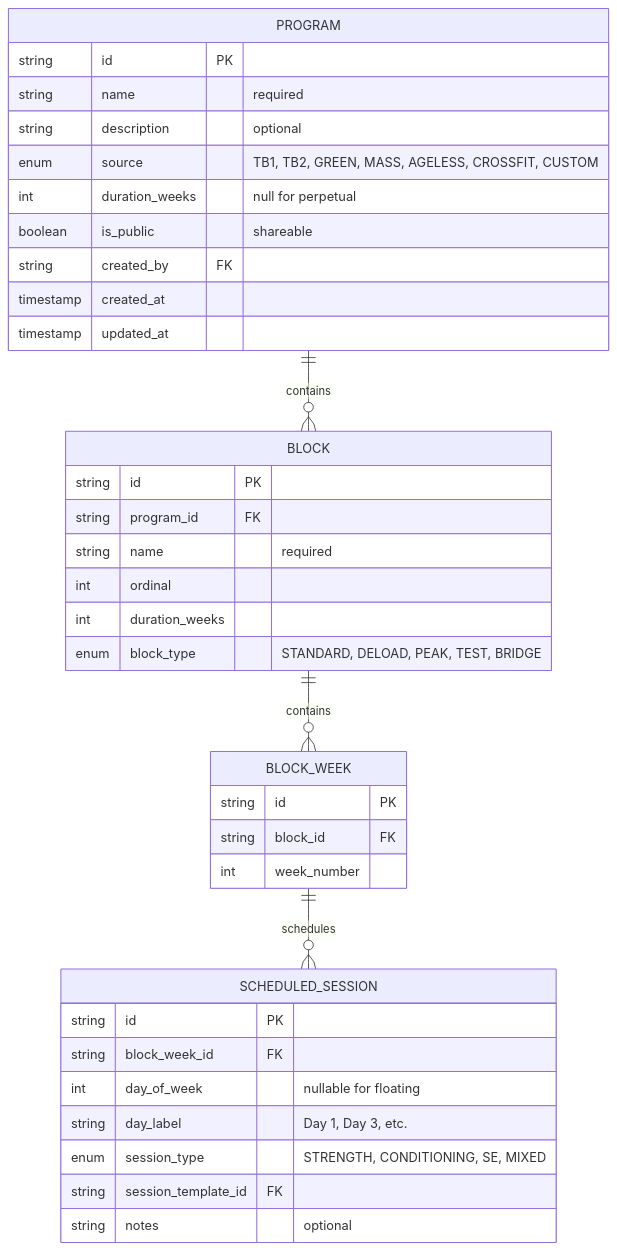
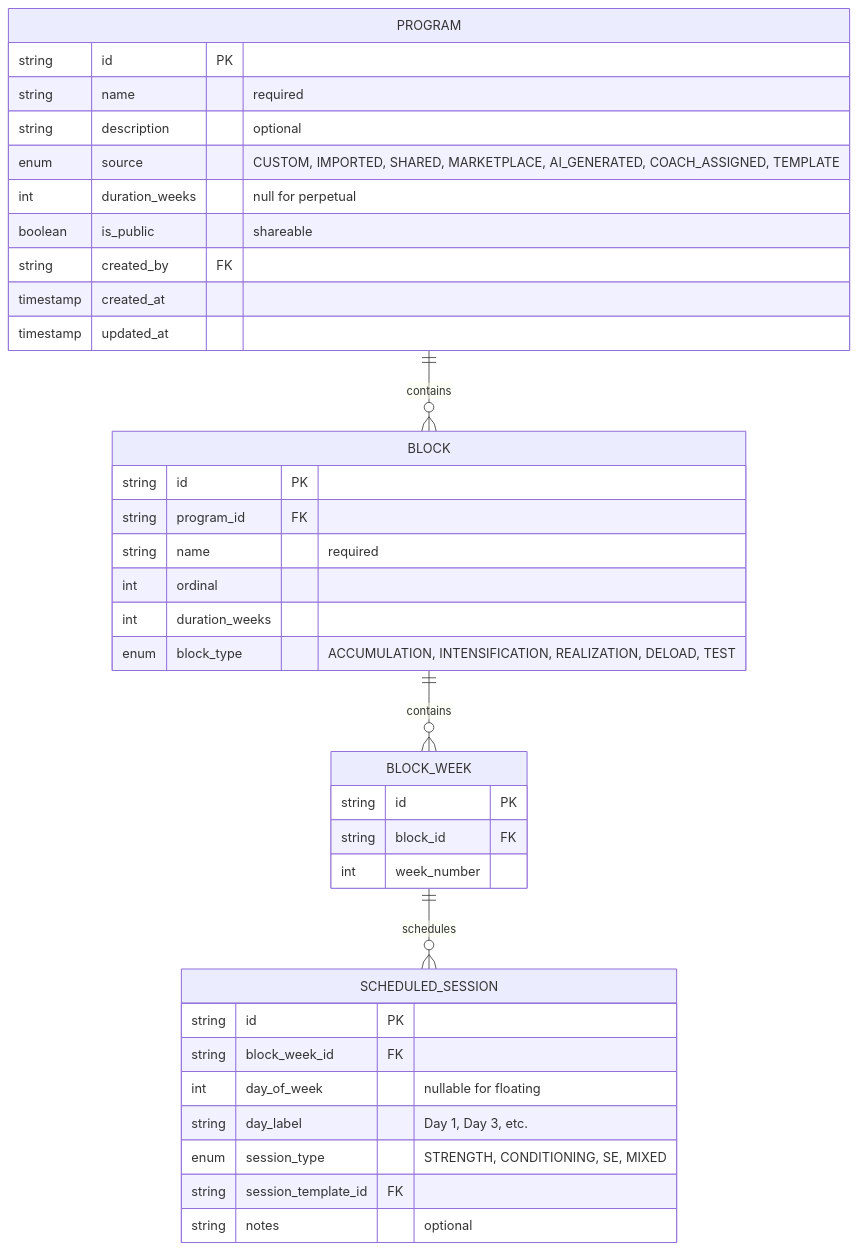
Before and after one commit to rghsoftware/ardent-forge: the eighth of 17 diagrams in docs/05-domain-model.md, drawn with Mermaid. The commit also changed other lines of this file and 16 other files, not shown here.

````diff
--- a/docs/05-domain-model.md
+++ b/docs/05-domain-model.md
@@ -355,43 +355,43 @@
 ```mermaid
 erDiagram
     PROGRAM {
         string id PK
         string name "required"
         string description "optional"
-        enum source "TB1, TB2, GREEN, MASS, AGELESS, CROSSFIT, CUSTOM"
+        enum source "CUSTOM, IMPORTED, SHARED, MARKETPLACE, AI_GENERATED, COACH_ASSIGNED, TEMPLATE"
         int duration_weeks "null for perpetual"
         boolean is_public "shareable"
         string created_by FK
         timestamp created_at
         timestamp updated_at
     }
-    
+
     BLOCK {
         string id PK
         string program_id FK
         string name "required"
         int ordinal
         int duration_weeks
-        enum block_type "STANDARD, DELOAD, PEAK, TEST, BRIDGE"
+        enum block_type "ACCUMULATION, INTENSIFICATION, REALIZATION, DELOAD, TEST"
     }
-    
+
     BLOCK_WEEK {
         string id PK
         string block_id FK
         int week_number
     }
-    
+
     SCHEDULED_SESSION {
         string id PK
         string block_week_id FK
         int day_of_week "nullable for floating"
         string day_label "Day 1, Day 3, etc."
         enum session_type "STRENGTH, CONDITIONING, SE, MIXED"
         string session_template_id FK
         string notes "optional"
     }
-    
+
     PROGRAM ||--o{ BLOCK : "contains"
     BLOCK ||--o{ BLOCK_WEEK : "contains"
     BLOCK_WEEK ||--o{ SCHEDULED_SESSION : "schedules"
 ```
````
